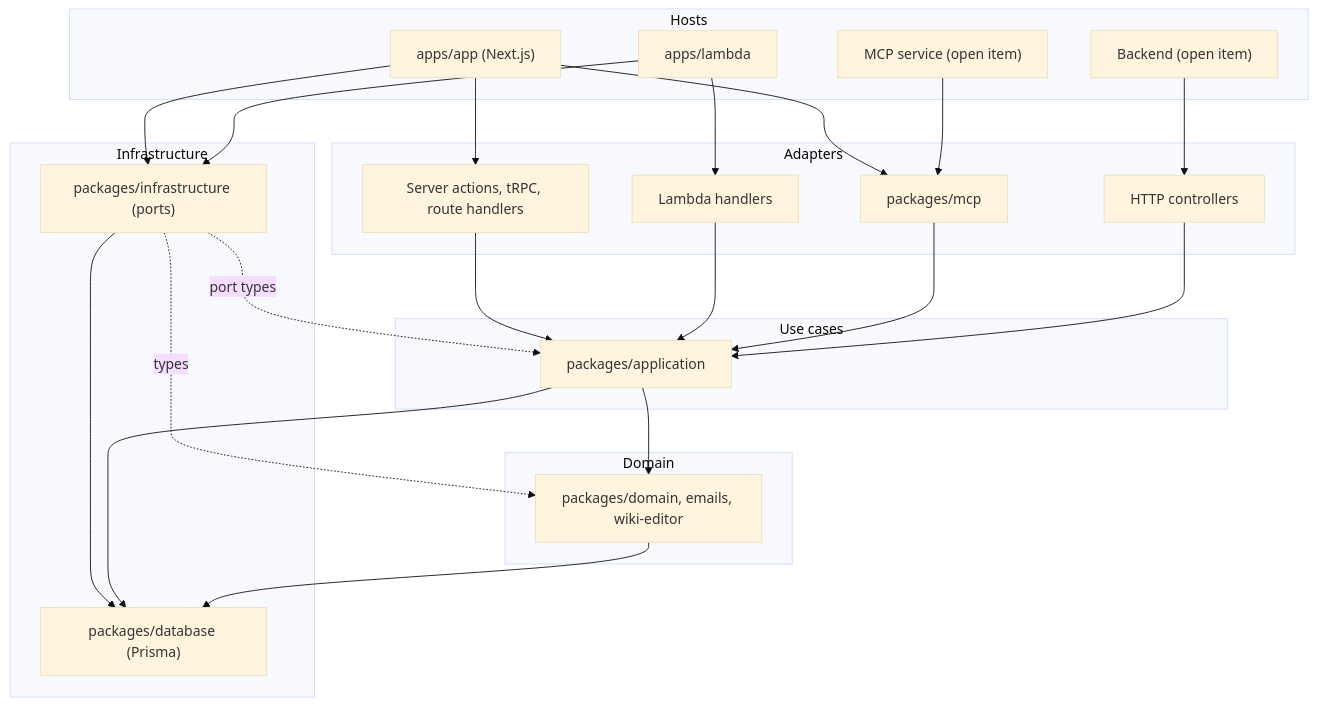
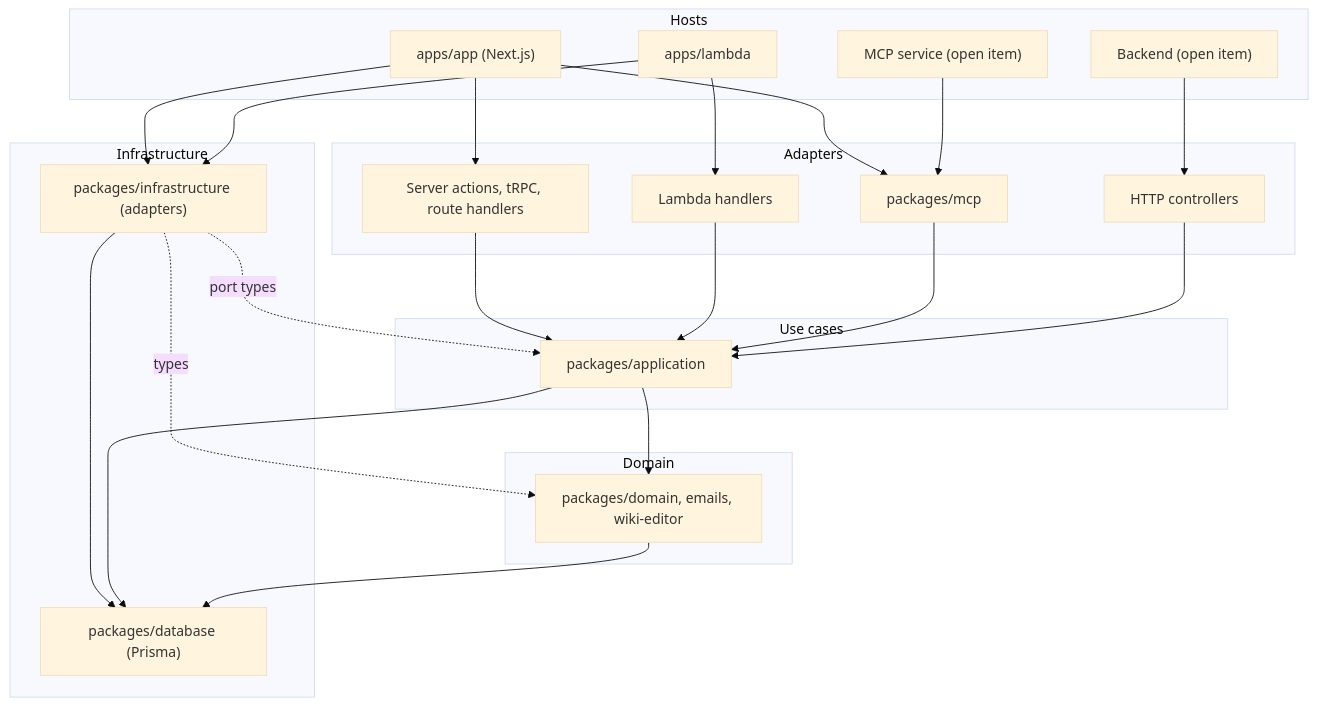
One commit to simonknittel/sam changed the diagram in docs/architecture.md. Above: the diagram before and after it, drawn with Mermaid (base theme). The commit also changed other lines of this file, not shown here.

First line of the commit message:
docs(architecture): name the Clean Architecture parts

````diff
--- a/docs/architecture.md
+++ b/docs/architecture.md
@@ -70,47 +70,47 @@
 ```mermaid
 flowchart TB
   subgraph hosts [Hosts]
     app["apps/app (Next.js)"]
     lambda["apps/lambda"]
     mcpService["MCP service (open item)"]
     backend["Backend (open item)"]
   end
 
   subgraph adapters [Adapters]
     nextAdapters["Server actions, tRPC, route handlers"]
     lambdaHandlers["Lambda handlers"]
     mcp["packages/mcp"]
     controllers["HTTP controllers"]
   end
 
   subgraph useCases [Use cases]
     application["packages/application"]
   end
 
   subgraph domain [Domain]
     domainPackages["packages/domain, emails, wiki-editor"]
   end
 
   subgraph infrastructure [Infrastructure]
-    infrastructurePackage["packages/infrastructure (ports)"]
+    infrastructurePackage["packages/infrastructure (adapters)"]
     database["packages/database (Prisma)"]
   end
 
   app --> nextAdapters
   app --> mcp
   lambda --> lambdaHandlers
   mcpService --> mcp
   backend --> controllers
   nextAdapters --> application
   lambdaHandlers --> application
   mcp --> application
   controllers --> application
   app --> infrastructurePackage
   lambda --> infrastructurePackage
   infrastructurePackage -. port types .-> application
   infrastructurePackage -. types .-> domainPackages
   infrastructurePackage --> database
   application --> domainPackages
   application --> database
   domainPackages --> database
 ```
````
